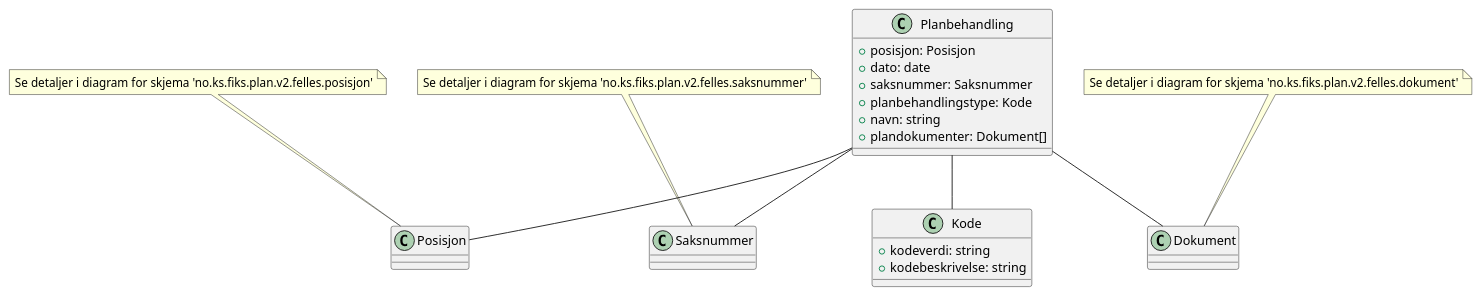
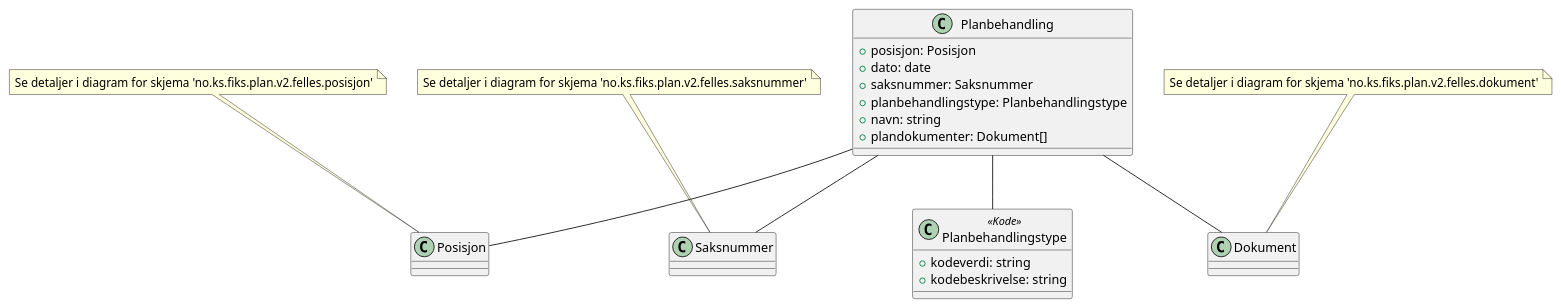
The diagram in Dokumentasjon/V2/SchemaModels/no.ks.fiks.plan.v2.felles.planbehandling/planbehandling.pu (ks-no/fiks-plan-specification), drawn with PlantUML before and after one commit. The commit also changed 28 other files, not shown here.

Commit message:
Flere oppdateringer på UML

```diff
--- a/Dokumentasjon/V2/SchemaModels/no.ks.fiks.plan.v2.felles.planbehandling/planbehandling.pu
+++ b/Dokumentasjon/V2/SchemaModels/no.ks.fiks.plan.v2.felles.planbehandling/planbehandling.pu
@@ -1,25 +1,25 @@
 @startuml
 class Planbehandling {
     +posisjon: Posisjon
     +dato: date
     +saksnummer: Saksnummer
-    +planbehandlingstype: Kode
+    +planbehandlingstype: Planbehandlingstype
     +navn: string
     +plandokumenter: Dokument[]
 }
 
 Planbehandling -- Posisjon
 Planbehandling -- Saksnummer
-Planbehandling -- Kode
+Planbehandling -- Planbehandlingstype
 Planbehandling -- Dokument
 
 note top of Posisjon : Se detaljer i diagram for skjema 'no.ks.fiks.plan.v2.felles.posisjon'
 note top of Saksnummer : Se detaljer i diagram for skjema 'no.ks.fiks.plan.v2.felles.saksnummer'
 note top of Dokument : Se detaljer i diagram for skjema 'no.ks.fiks.plan.v2.felles.dokument'
 
-class Kode {
+class Planbehandlingstype <<Kode>> {
     +kodeverdi: string
     +kodebeskrivelse: string
 }
 
 @enduml
```
